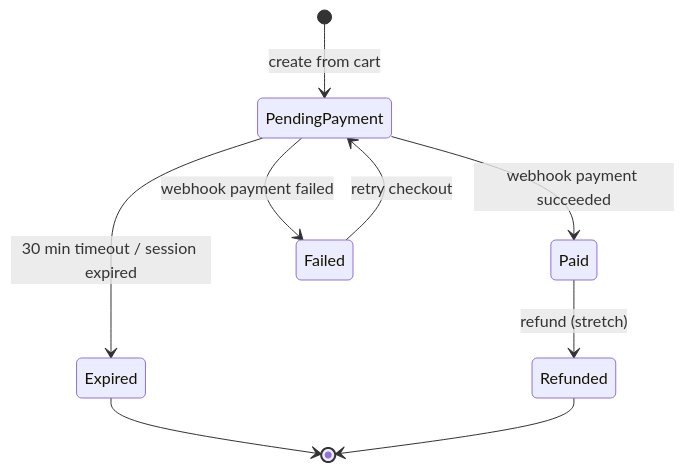
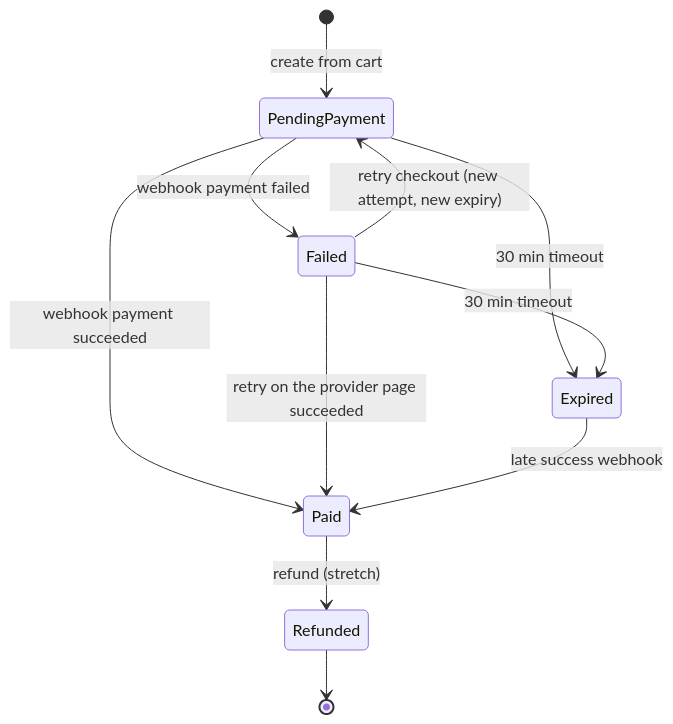
One commit to gray0072/ai-rag-film-search changed the second of 2 diagrams in docs/spec/03-domain-model.md. Above: the diagram before and after it, drawn with Mermaid. The commit also changed other lines of this file and 50 other files, not shown here.

Commit message:
I09: add cart, orders, checkout with idempotency, webhook pipeline, fake payment gateway, order expiry and library

````diff
--- a/docs/spec/03-domain-model.md
+++ b/docs/spec/03-domain-model.md
@@ -71,11 +73,13 @@
 ```mermaid
 stateDiagram-v2
     [*] --> PendingPayment: create from cart
     PendingPayment --> Paid: webhook payment succeeded
     PendingPayment --> Failed: webhook payment failed
-    PendingPayment --> Expired: 30 min timeout / session expired
-    Failed --> PendingPayment: retry checkout
+    PendingPayment --> Expired: 30 min timeout
+    Failed --> PendingPayment: retry checkout (new attempt, new expiry)
+    Failed --> Paid: retry on the provider page succeeded
+    Failed --> Expired: 30 min timeout
+    Expired --> Paid: late success webhook
     Paid --> Refunded: refund (stretch)
-    Expired --> [*]
     Refunded --> [*]
 ```
````
